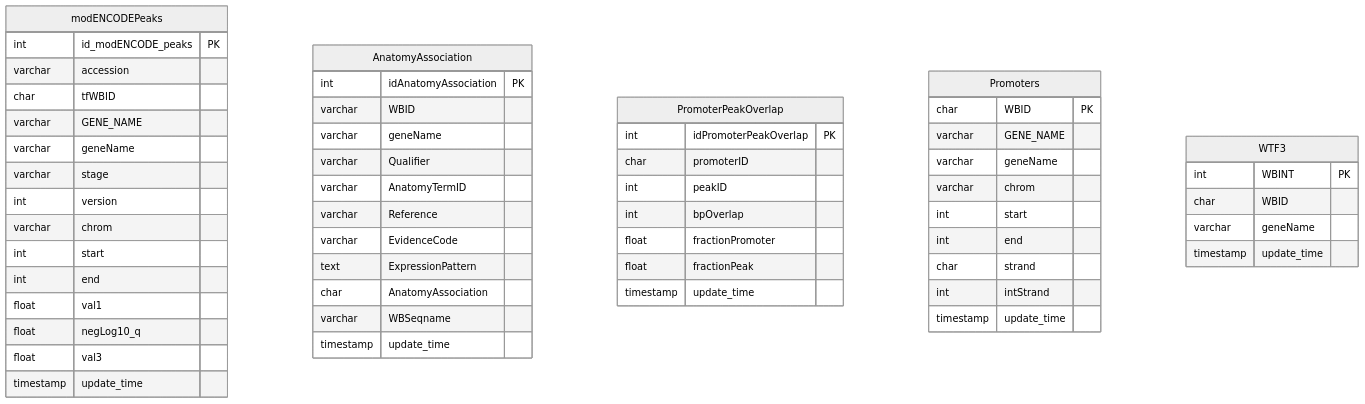
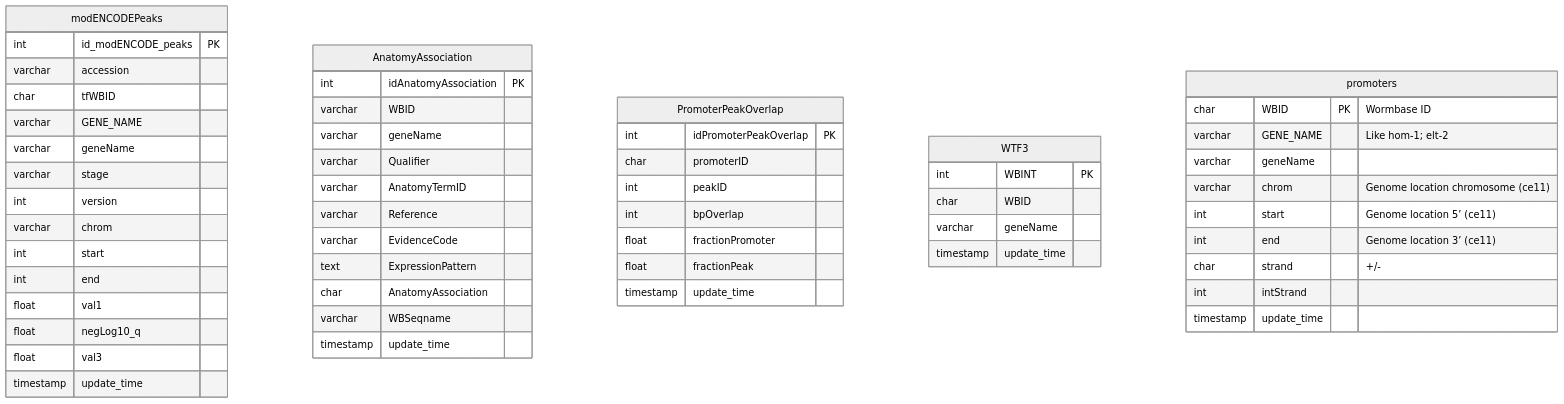
One commit to meekrob/OnishRDB changed the fourth of 4 diagrams in README.md. Above: the diagram before and after it, drawn with Mermaid (neutral theme).

````diff
--- a/README.md
+++ b/README.md
@@ -273,64 +273,64 @@
 ```mermaid
 erDiagram
 
 modENCODEPeaks {
 int id_modENCODE_peaks PK
 varchar accession 
 char tfWBID 
 varchar GENE_NAME 
 varchar geneName 
 varchar stage 
 int version 
 varchar chrom 
 int start 
 int end 
 float val1 
 float negLog10_q 
 float val3 
 timestamp update_time 
 }
 
 AnatomyAssociation {
 int idAnatomyAssociation PK
 varchar WBID 
 varchar geneName 
 varchar Qualifier 
 varchar AnatomyTermID 
 varchar Reference 
 varchar EvidenceCode 
 text ExpressionPattern 
 char AnatomyAssociation 
 varchar WBSeqname 
 timestamp update_time 
 }
 
 PromoterPeakOverlap {
 int idPromoterPeakOverlap PK
 char promoterID 
 int peakID
 int bpOverlap 
 float fractionPromoter 
 float fractionPeak 
 timestamp update_time 
 }
 
-Promoters {
-char WBID PK
-varchar GENE_NAME 
-varchar geneName 
-varchar chrom 
-int start 
-int end 
-char strand 
-int intStrand 
-timestamp update_time 
-}
-
 WTF3 {
 int WBINT PK
 char WBID 
 varchar geneName 
 timestamp update_time 
 }
 
+promoters {
+char WBID PK "Wormbase ID"
+varchar GENE_NAME  "Like hom-1; elt-2"
+varchar geneName  ""
+varchar chrom  "Genome location chromosome (ce11)"
+int start  "Genome location 5’  (ce11)"
+int end  "Genome location 3’ (ce11)"
+char strand  "+/-"
+int intStrand  ""
+timestamp update_time  ""
+}
+
 ```
````
